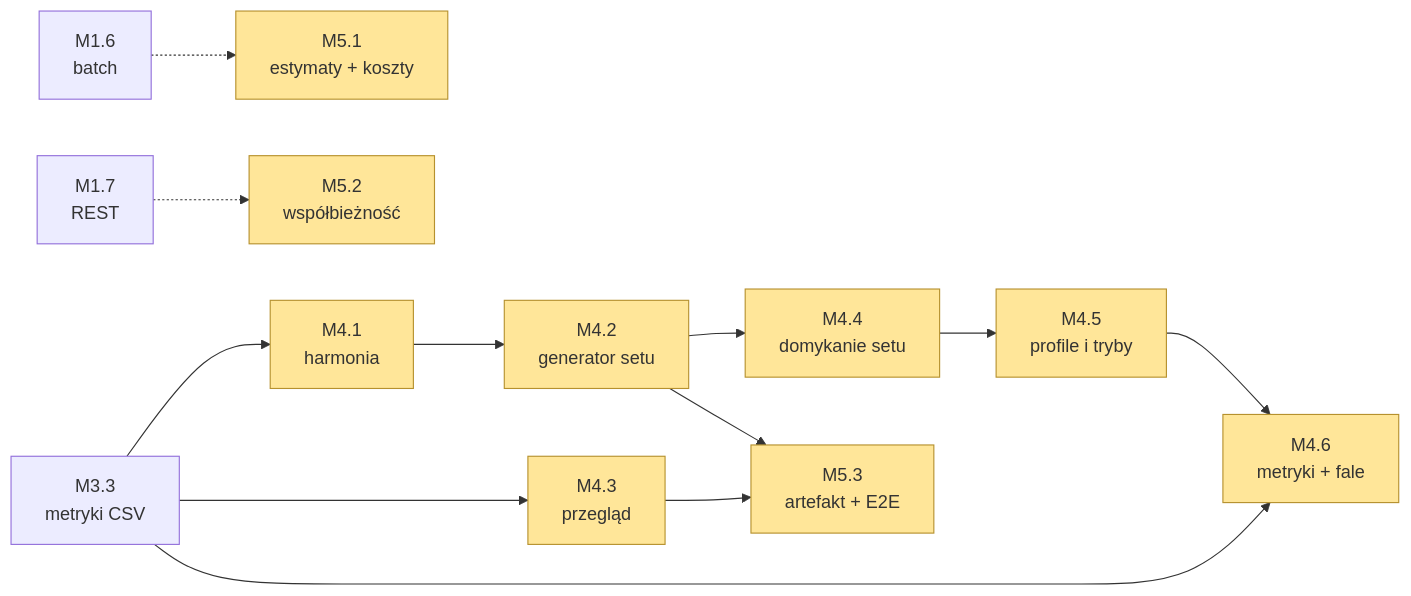
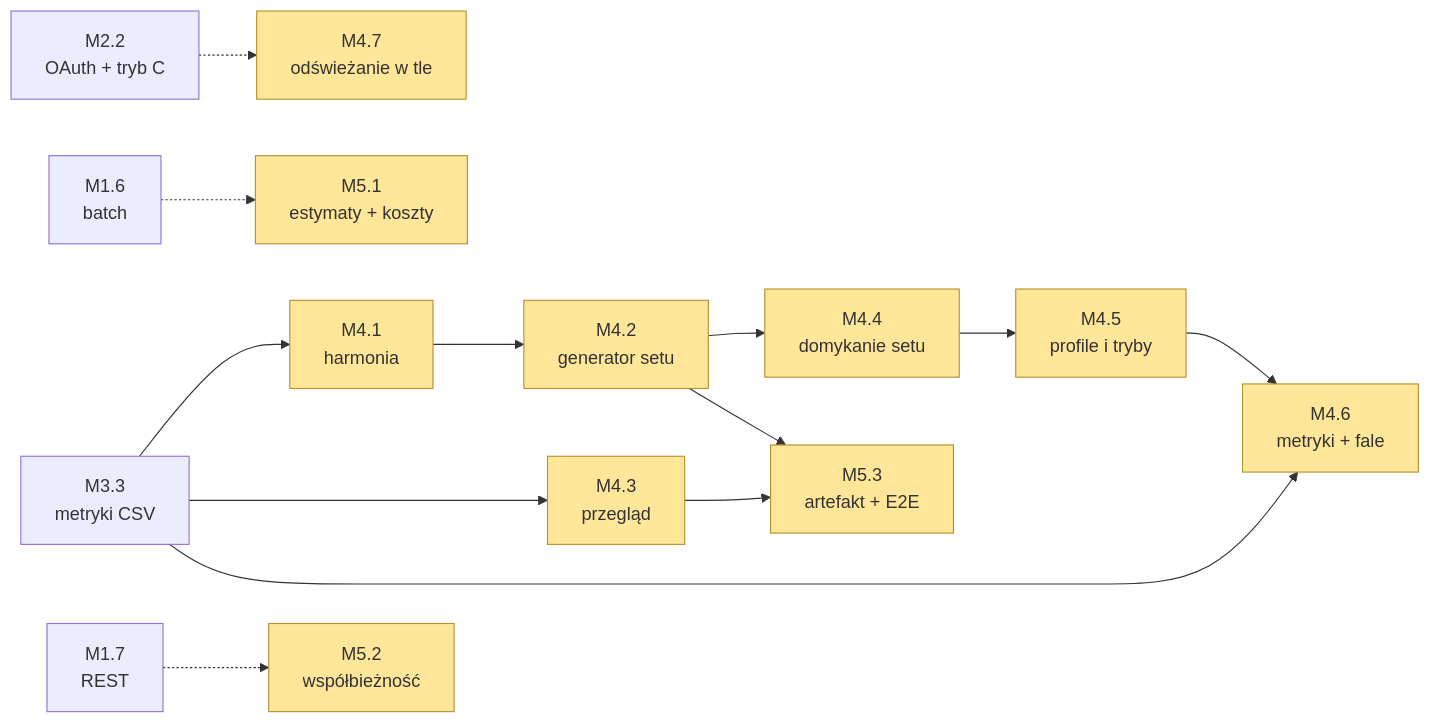
Before and after one commit to pgoogol/music-view: the third of 3 diagrams in docs/PLAN.md, drawn with Mermaid. The commit also changed other lines of this file and 18 other files, not shown here.

````diff
--- a/docs/PLAN.md
+++ b/docs/PLAN.md
@@ -598,14 +627,15 @@
 ```mermaid
 flowchart LR
     M33[M3.3<br/>metryki CSV] --> M41[M4.1<br/>harmonia] & M43[M4.3<br/>przegląd]
     M41 --> M42[M4.2<br/>generator setu]
     M42 --> M44[M4.4<br/>domykanie setu] --> M45[M4.5<br/>profile i tryby]
     M45 --> M46[M4.6<br/>metryki + fale]
     M33 --> M46
+    M22[M2.2<br/>OAuth + tryb C] -.-> M47[M4.7<br/>odświeżanie w tle]
     M16[M1.6<br/>batch] -.-> M51[M5.1<br/>estymaty + koszty]
     M17[M1.7<br/>REST] -.-> M52[M5.2<br/>współbieżność]
     M42 & M43 --> M53[M5.3<br/>artefakt + E2E]
 
     classDef plan fill:#FFE699,stroke:#B6912E
-    class M41,M42,M43,M44,M45,M46,M51,M52,M53 plan
+    class M41,M42,M43,M44,M45,M46,M47,M51,M52,M53 plan
 ```
````
